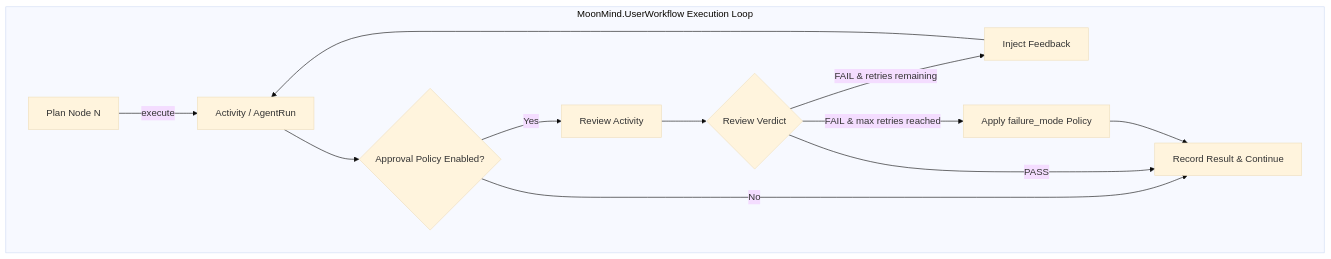
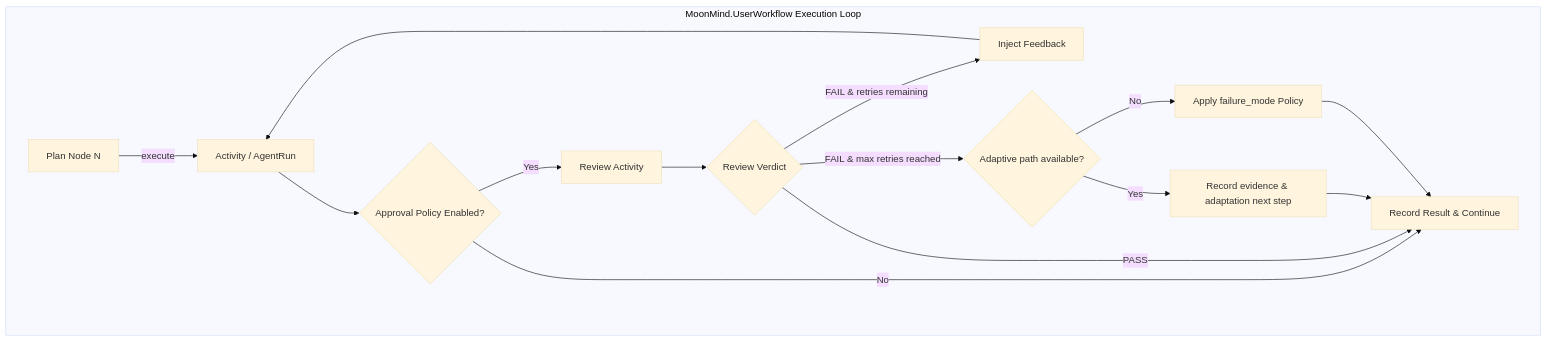
One commit to MoonLadderStudios/MoonMind changed the diagram in docs/Workflows/StepReviewGateSystem.md. Above: the diagram before and after it, drawn with Mermaid (base theme). The commit also changed other lines of this file and 1 other file, not shown here.

Commit message:
Document adaptive gates for MoonLadderStudios/MoonMind#2971

````diff
--- a/docs/Workflows/StepReviewGateSystem.md
+++ b/docs/Workflows/StepReviewGateSystem.md
@@ -39,15 +40,18 @@
 ```mermaid
 flowchart TD
     subgraph MoonMind.UserWorkflow Execution Loop
         A[Plan Node N] -->|execute| B[Activity / AgentRun]
         B --> C{Approval Policy Enabled?}
         C -->|No| D[Record Result & Continue]
         C -->|Yes| E[Review Activity]
         E --> F{Review Verdict}
         F -->|PASS| D
         F -->|FAIL & retries remaining| G[Inject Feedback]
         G --> B
-        F -->|FAIL & max retries reached| H[Apply failure_mode Policy]
-        H --> D
+        F -->|FAIL & max retries reached| H{Adaptive path available?}
+        H -->|Yes| I[Record evidence & adaptation next step]
+        H -->|No| J[Apply failure_mode Policy]
+        I --> D
+        J --> D
     end
 ```
````
